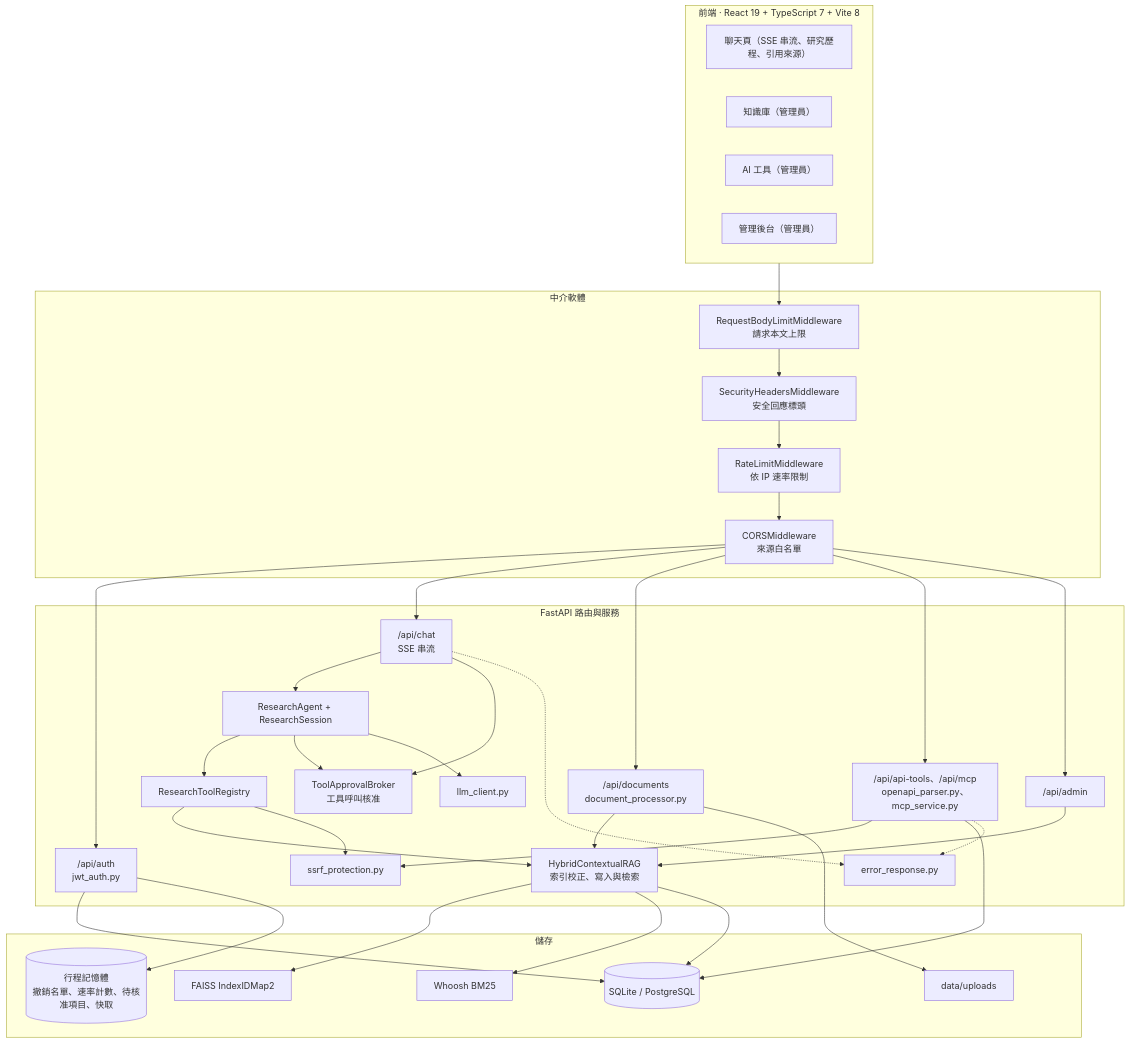
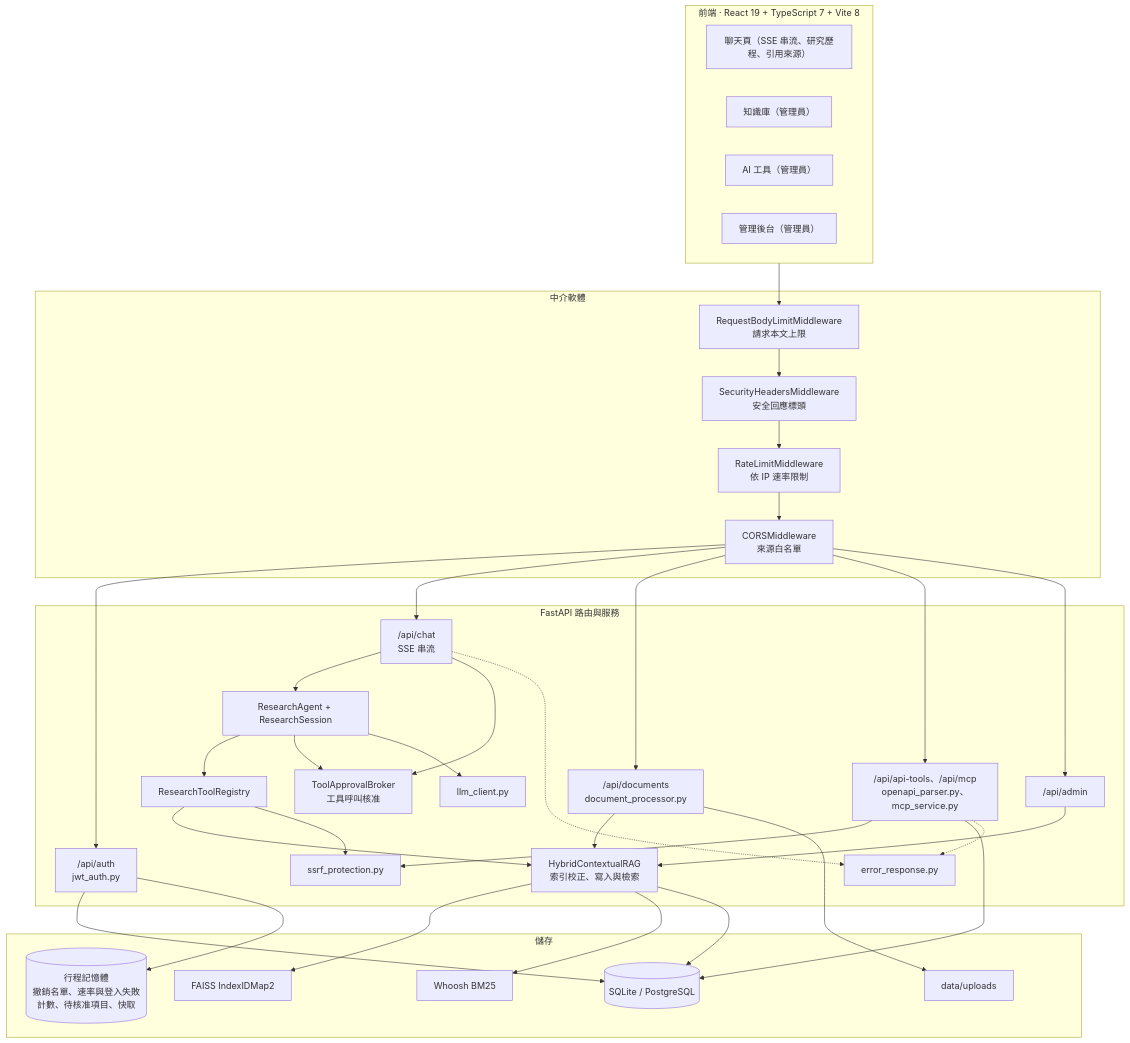
One commit to Scorpio-meow/AskMiao changed the first of 9 diagrams in docs/architecture.md. Above: the diagram before and after it, drawn with Mermaid. The commit also changed other lines of this file and 11 other files, not shown here.

````diff
--- a/docs/architecture.md
+++ b/docs/architecture.md
@@ -30,59 +30,59 @@
 ```mermaid
 flowchart TB
     subgraph Client ["前端 · React 19 + TypeScript 7 + Vite 8"]
         ChatUI["聊天頁（SSE 串流、研究歷程、引用來源）"]
         DocsUI["知識庫（管理員）"]
         ToolsUI["AI 工具（管理員）"]
         AdminUI["管理後台（管理員）"]
     end
 
     subgraph Gateway ["中介軟體"]
         BodyLimit["RequestBodyLimitMiddleware<br/>請求本文上限"]
         SecHeaders["SecurityHeadersMiddleware<br/>安全回應標頭"]
         RateLimit["RateLimitMiddleware<br/>依 IP 速率限制"]
         CORS["CORSMiddleware<br/>來源白名單"]
     end
 
     subgraph Backend ["FastAPI 路由與服務"]
         AuthAPI["/api/auth<br/>jwt_auth.py"]
         ChatAPI["/api/chat<br/>SSE 串流"]
         DocAPI["/api/documents<br/>document_processor.py"]
         ToolAPI["/api/api-tools、/api/mcp<br/>openapi_parser.py、mcp_service.py"]
         AdminAPI["/api/admin"]
         RAG["HybridContextualRAG<br/>索引校正、寫入與檢索"]
         Agent["ResearchAgent + ResearchSession"]
         Approval["ToolApprovalBroker<br/>工具呼叫核准"]
         Registry["ResearchToolRegistry"]
         LLM["llm_client.py"]
         SSRF["ssrf_protection.py"]
         Err["error_response.py"]
     end
 
     subgraph Storage ["儲存"]
         DB[("SQLite / PostgreSQL")]
         FAISS["FAISS IndexIDMap2"]
         BM25["Whoosh BM25"]
         Files["data/uploads"]
-        Mem[("行程記憶體<br/>撤銷名單、速率計數、待核准項目、快取")]
+        Mem[("行程記憶體<br/>撤銷名單、速率與登入失敗計數、待核准項目、快取")]
     end
 
     Client --> BodyLimit --> SecHeaders --> RateLimit --> CORS
     CORS --> AuthAPI & ChatAPI & DocAPI & ToolAPI & AdminAPI
     ChatAPI --> Agent --> Registry
     Agent --> Approval
     ChatAPI --> Approval
     Agent --> LLM
     Registry --> RAG
     Registry --> SSRF
     ToolAPI --> SSRF
     DocAPI --> RAG
     AdminAPI --> RAG
     RAG --> FAISS & BM25
     RAG --> DB
     DocAPI --> Files
     AuthAPI --> DB
     AuthAPI --> Mem
     ToolAPI --> DB
     ChatAPI -.-> Err
     ToolAPI -.-> Err
 ```
````
